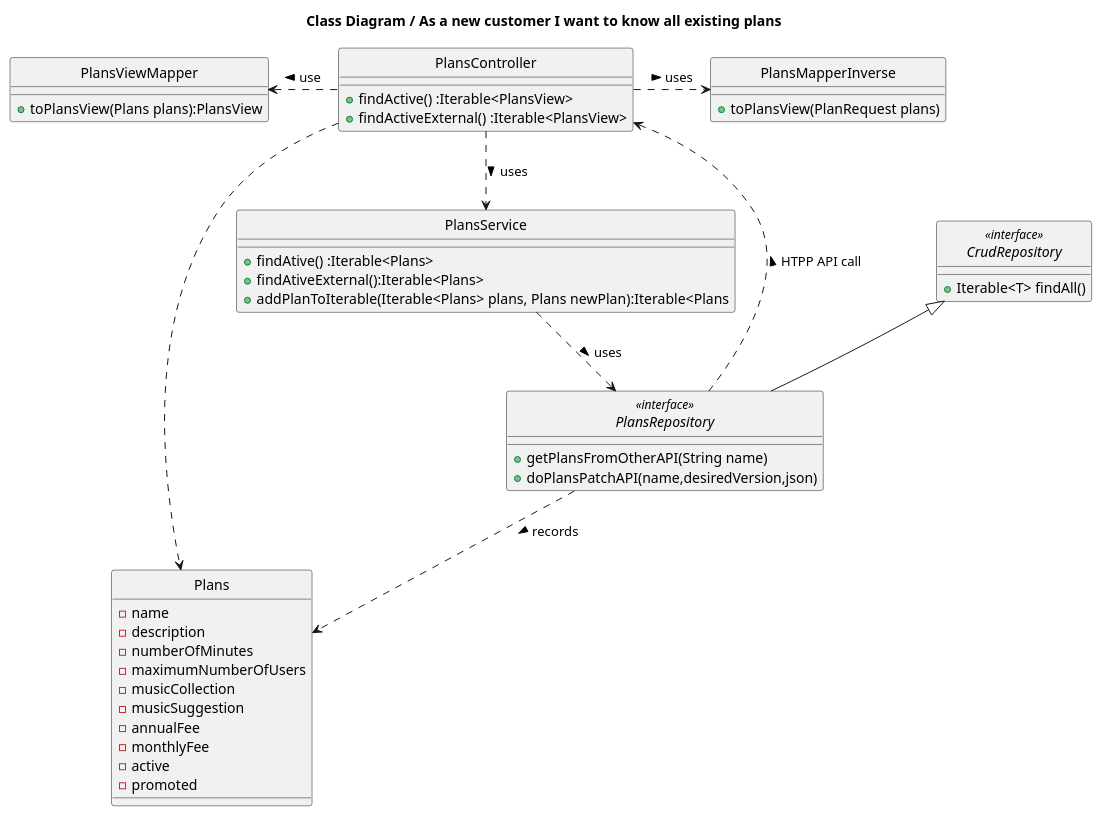
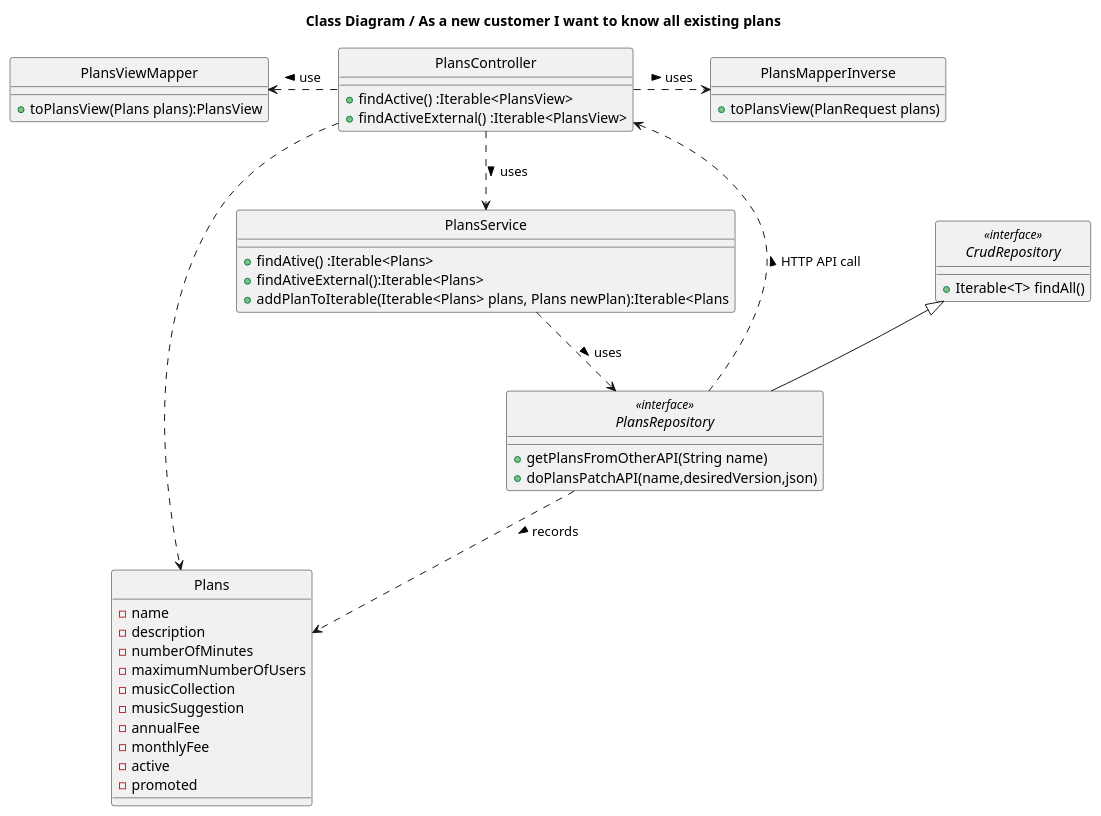
The diagram in docs_sidis/Plans/WP#1A/US04/CD.puml (IsepMartimOliveira/SIDIS), drawn with PlantUML before and after one commit. The commit also changed 20 other files, not shown here.

```diff
--- a/docs_sidis/Plans/WP#1A/US04/CD.puml
+++ b/docs_sidis/Plans/WP#1A/US04/CD.puml
@@ -1,57 +1,57 @@
 @startuml
 'https://plantuml.com/class-diagram
 hide circle
 class PlansRepository <<interface>>
 class CrudRepository <<interface>>
 
 title Class Diagram / As a new customer I want to know all existing plans
 
 class Plans{
     -name
     - description
     - numberOfMinutes
     -maximumNumberOfUsers
     -musicCollection
      -musicSuggestion
      -annualFee
      -monthlyFee
      -active
      -promoted
 }
 
 class PlansController{
     +findActive() :Iterable<PlansView>
     +findActiveExternal() :Iterable<PlansView>
     }
 class PlansService{
  +findAtive() :Iterable<Plans>
   +findAtiveExternal():Iterable<Plans>
  +addPlanToIterable(Iterable<Plans> plans, Plans newPlan):Iterable<Plans
 }
 
 interface PlansRepository extends CrudRepository
 {
 + getPlansFromOtherAPI(String name)
 + doPlansPatchAPI(name,desiredVersion,json)
 }
 class PlansMapperInverse{
     +toPlansView(PlanRequest plans)
 }
 interface CrudRepository
 {
 +Iterable<T> findAll()
 }
 
 class PlansViewMapper{
     +toPlansView(Plans plans):PlansView
 }
 PlansController ..> PlansService: uses >
 PlansController ..> Plans
 PlansService ..> PlansRepository: uses >
-PlansRepository ..>PlansController: HTPP API call >
+PlansRepository ..>PlansController: HTTP API call >
 PlansRepository ..> Plans: records >
 PlansController ..right> PlansMapperInverse: uses >
 PlansController..left> PlansViewMapper: use >
 
 
 @enduml
```
